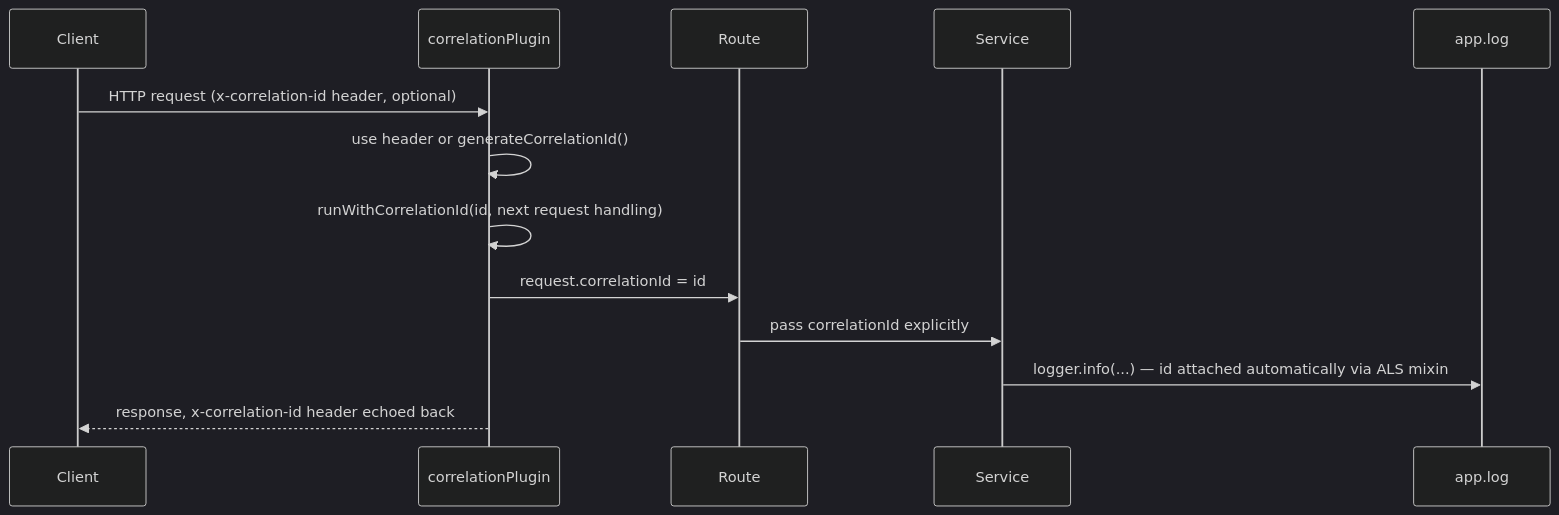
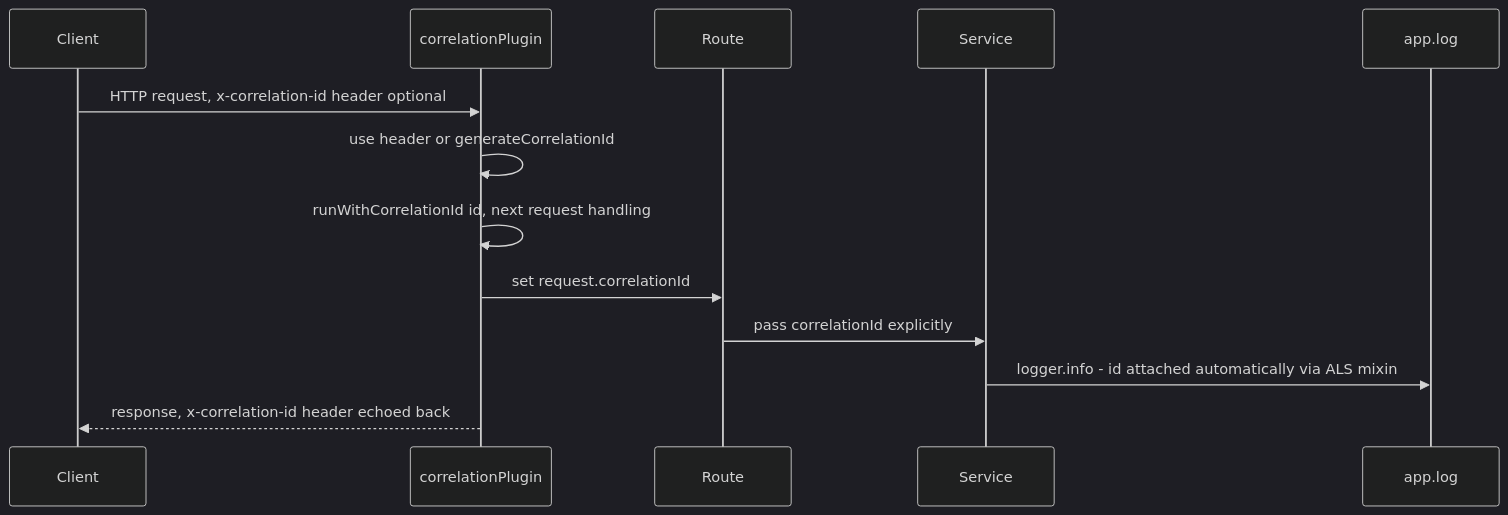
Before and after one commit to arjun40779/devflow: the third of 4 diagrams in apps/api/docs/orchestration.md, drawn with Mermaid (dark theme). The commit also changed other lines of this file, not shown here.

First line of the commit message:
docs: simplify Mermaid syntax in orchestration.md

````diff
--- a/apps/api/docs/orchestration.md
+++ b/apps/api/docs/orchestration.md
@@ -84,16 +84,16 @@
 ```mermaid
 sequenceDiagram
     participant Client
     participant Correlation as correlationPlugin
     participant Route
     participant Service
     participant Logger as app.log
 
-    Client->>Correlation: HTTP request (x-correlation-id header, optional)
-    Correlation->>Correlation: use header or generateCorrelationId()
-    Correlation->>Correlation: runWithCorrelationId(id, next request handling)
-    Correlation->>Route: request.correlationId = id
+    Client->>Correlation: HTTP request, x-correlation-id header optional
+    Correlation->>Correlation: use header or generateCorrelationId
+    Correlation->>Correlation: runWithCorrelationId id, next request handling
+    Correlation->>Route: set request.correlationId
     Route->>Service: pass correlationId explicitly
-    Service->>Logger: logger.info(...) — id attached automatically via ALS mixin
+    Service->>Logger: logger.info - id attached automatically via ALS mixin
     Correlation-->>Client: response, x-correlation-id header echoed back
 ```
````
